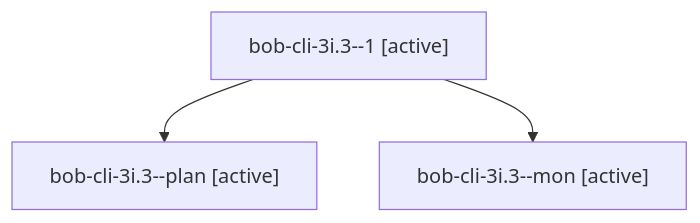
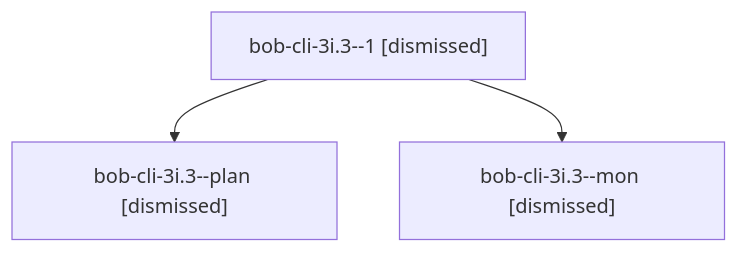
Before and after one commit to bobs-org/bob-cli--agents: the diagram in sessions/bbugyi200.athena.bob-cli-3i.3.md, drawn with Mermaid. The commit also changed other lines of this file and 54 other files, not shown here.

````diff
--- a/sessions/bbugyi200.athena.bob-cli-3i.3.md
+++ b/sessions/bbugyi200.athena.bob-cli-3i.3.md
@@ -9,8 +9,8 @@
 ```mermaid
 flowchart TD
-  n0["bob-cli-3i.3--1 [active]"]
-  n1["bob-cli-3i.3--plan [active]"]
+  n0["bob-cli-3i.3--1 [dismissed]"]
+  n1["bob-cli-3i.3--plan [dismissed]"]
   n0 --> n1
-  n2["bob-cli-3i.3--mon [active]"]
+  n2["bob-cli-3i.3--mon [dismissed]"]
   n0 --> n2
 ```
````
